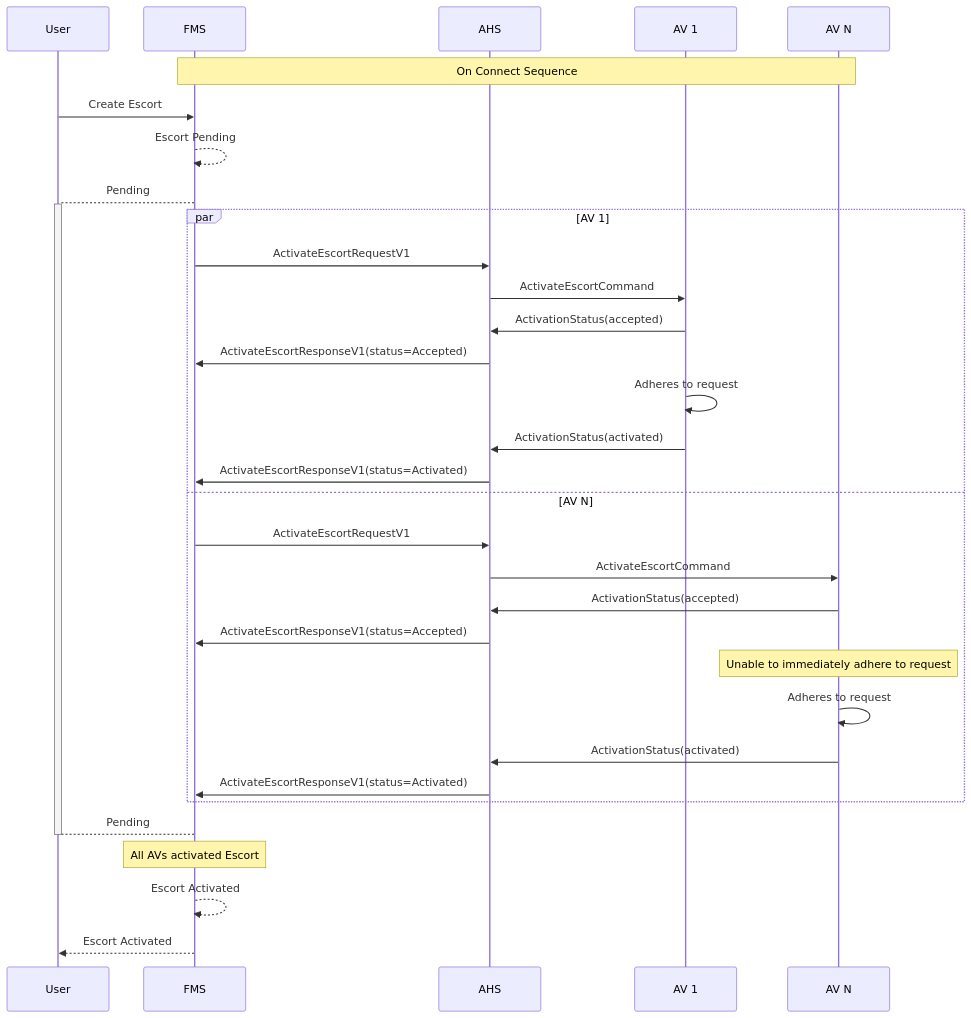
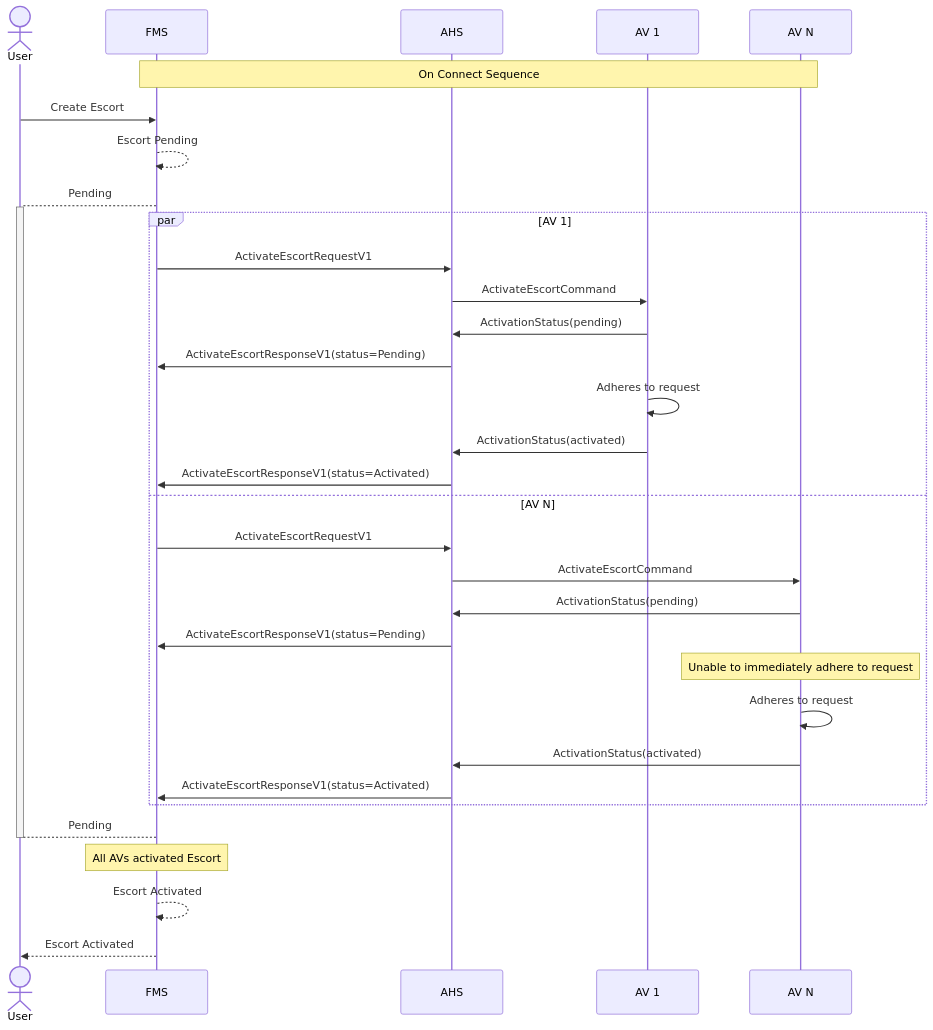
The second of 3 diagrams in diagram/EscortActivation.md (open-autonomy/escort), drawn with Mermaid before and after one commit. The commit also changed other lines of this file and 8 other files, not shown here.

````diff
--- a/diagram/EscortActivation.md
+++ b/diagram/EscortActivation.md
@@ -50,36 +50,36 @@
 ```mermaid
 sequenceDiagram
-    participant User
+    actor User
     participant FMS
     participant AHS
     participant AV 1
     participant AV N
 
     Note over FMS,AV N: On Connect Sequence
     User->>FMS: Create Escort
     FMS-->>FMS: Escort Pending
     FMS-->+User: Pending
     par AV 1
     FMS->>AHS: ActivateEscortRequestV1
     AHS->>AV 1: ActivateEscortCommand
-    AV 1->>AHS: ActivationStatus(accepted)
-    AHS->>FMS: ActivateEscortResponseV1(status=Accepted)
+    AV 1->>AHS: ActivationStatus(pending)
+    AHS->>FMS: ActivateEscortResponseV1(status=Pending)
         AV 1->>AV 1: Adheres to request
     AV 1->>AHS: ActivationStatus(activated)
     AHS->>FMS: ActivateEscortResponseV1(status=Activated)
     and AV N
     FMS->>AHS: ActivateEscortRequestV1
     AHS->>AV N: ActivateEscortCommand
-    AV N->>AHS: ActivationStatus(accepted)
-    AHS->>FMS: ActivateEscortResponseV1(status=Accepted)
+    AV N->>AHS: ActivationStatus(pending)
+    AHS->>FMS: ActivateEscortResponseV1(status=Pending)
         Note Over AV N: Unable to immediately adhere to request
         AV N->>AV N: Adheres to request
     AV N->>AHS: ActivationStatus(activated)
     AHS->>FMS: ActivateEscortResponseV1(status=Activated)
     end
 
     User-->-FMS: Pending
     Note Over FMS: All AVs activated Escort
     FMS-->>FMS: Escort Activated
     FMS-->>User: Escort Activated
 ```
````
